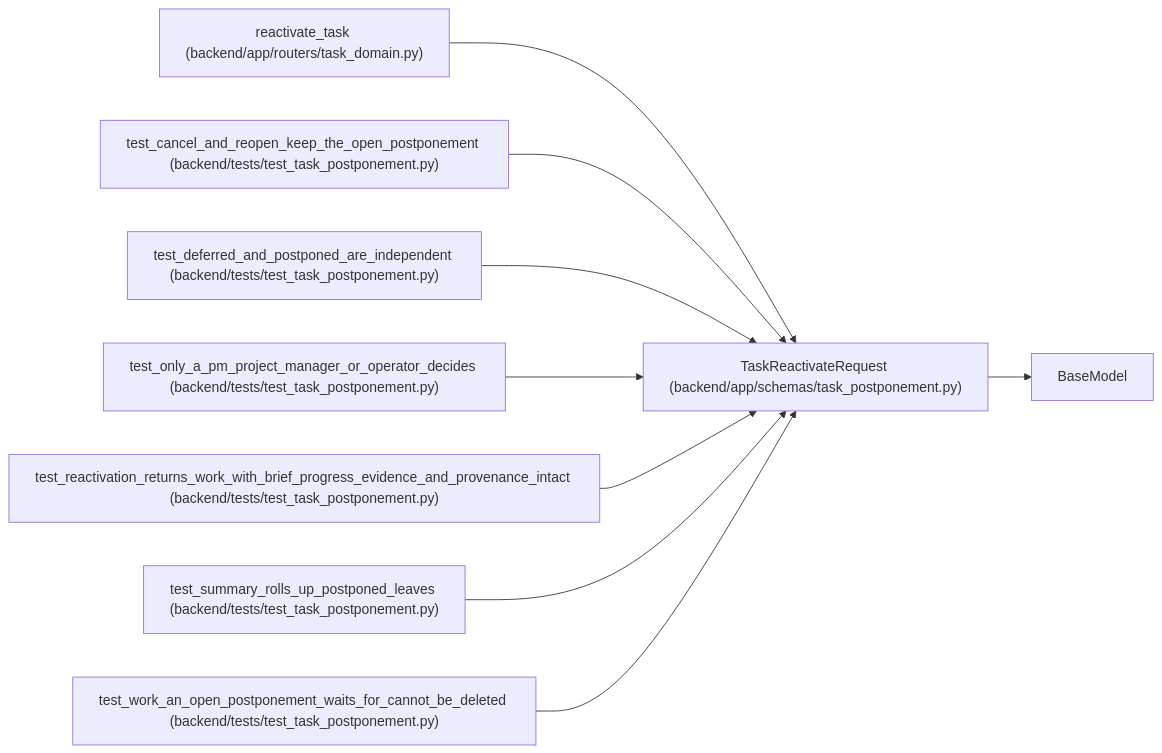
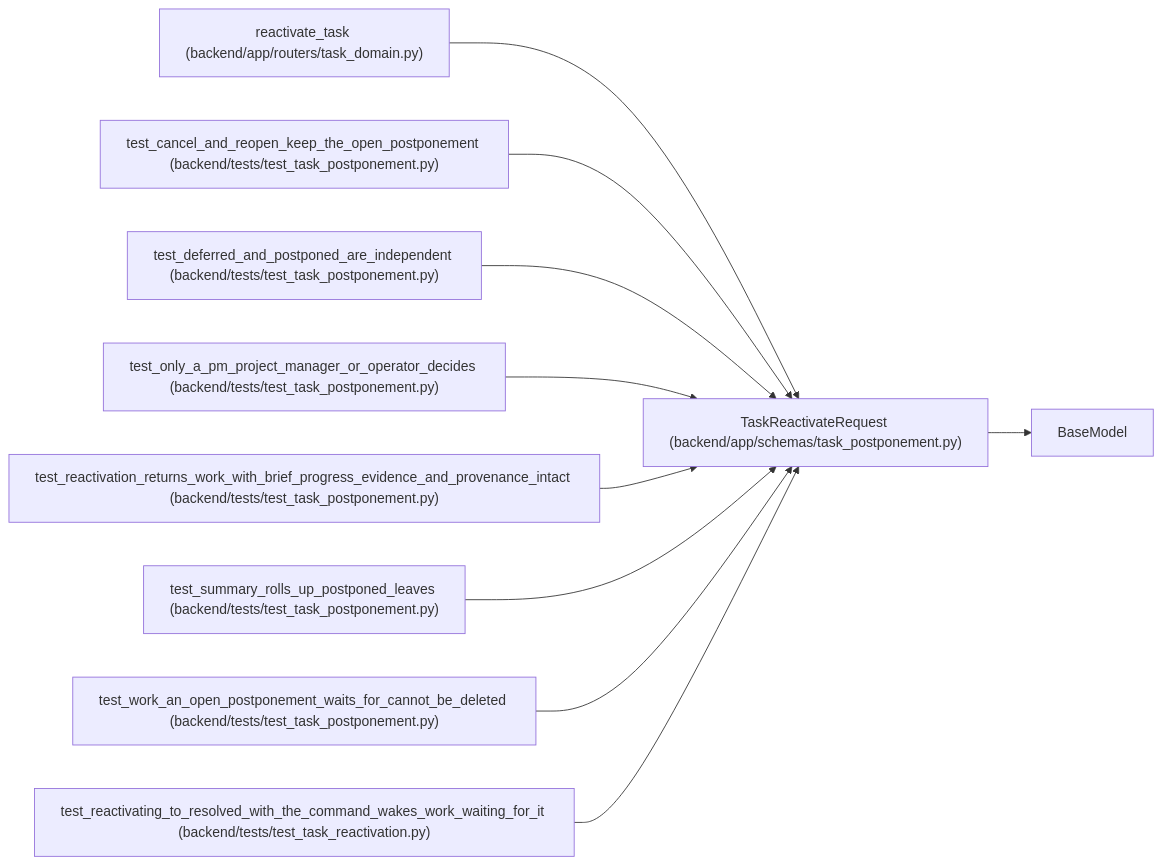
The diagram in docs/llm_wiki/entities/TaskReactivateRequest.md (Denissvgn/WorkChord), drawn with Mermaid before and after one commit. The commit also changed other lines of this file and 873 other files, not shown here.

Commit message:
Sync the architectural wiki for automatic reactivation of postponed tasks

````diff
--- a/docs/llm_wiki/entities/TaskReactivateRequest.md
+++ b/docs/llm_wiki/entities/TaskReactivateRequest.md
@@ -40,28 +40,31 @@
 ```mermaid
 flowchart LR
     n0["TaskReactivateRequest (backend/app/schemas/task_postponement.py)"]
     n1["BaseModel"]
     n2["reactivate_task (backend/app/routers/task_domain.py)"]
     n3["test_cancel_and_reopen_keep_the_open_postponement (backend/tests/test_task_postponement.py)"]
     n4["test_deferred_and_postponed_are_independent (backend/tests/test_task_postponement.py)"]
     n5["test_only_a_pm_project_manager_or_operator_decides (backend/tests/test_task_postponement.py)"]
     n6["test_reactivation_returns_work_with_brief_progress_evidence_and_provenance_intact (backend/tests/test_task_postponement.py)"]
     n7["test_summary_rolls_up_postponed_leaves (backend/tests/test_task_postponement.py)"]
     n8["test_work_an_open_postponement_waits_for_cannot_be_deleted (backend/tests/test_task_postponement.py)"]
+    n9["test_reactivating_to_resolved_with_the_command_wakes_work_waiting_for_it (backend/tests/test_task_reactivation.py)"]
     n0 --> n1
     n2 --> n0
     n3 --> n0
     n4 --> n0
     n5 --> n0
     n6 --> n0
     n7 --> n0
     n8 --> n0
+    n9 --> n0
     click n0 "../modules/schemas_task_postponement.md"
     click n2 "../modules/routers_task_domain.md"
     click n3 "../modules/test_task_postponement.md"
     click n4 "../modules/test_task_postponement.md"
     click n5 "../modules/test_task_postponement.md"
     click n6 "../modules/test_task_postponement.md"
     click n7 "../modules/test_task_postponement.md"
     click n8 "../modules/test_task_postponement.md"
+    click n9 "../modules/test_task_reactivation.md"
 ```
````
